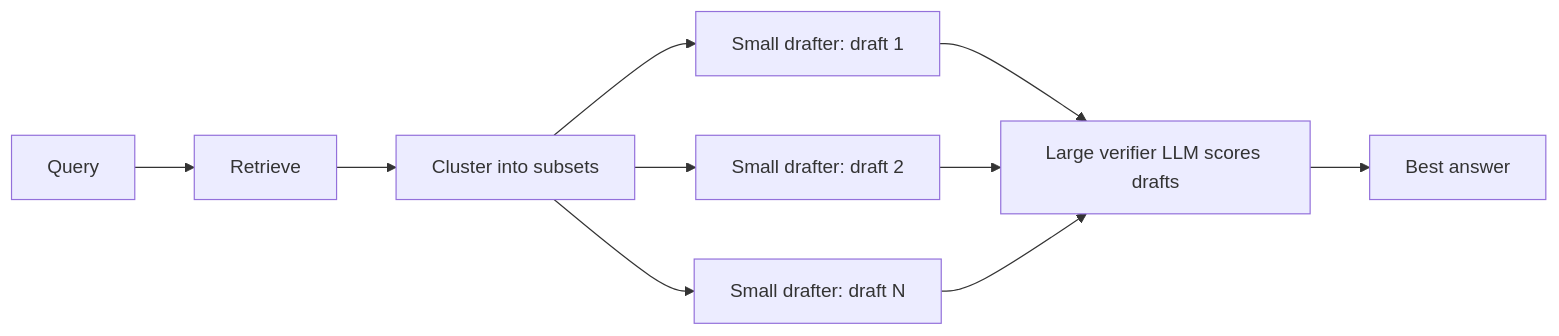
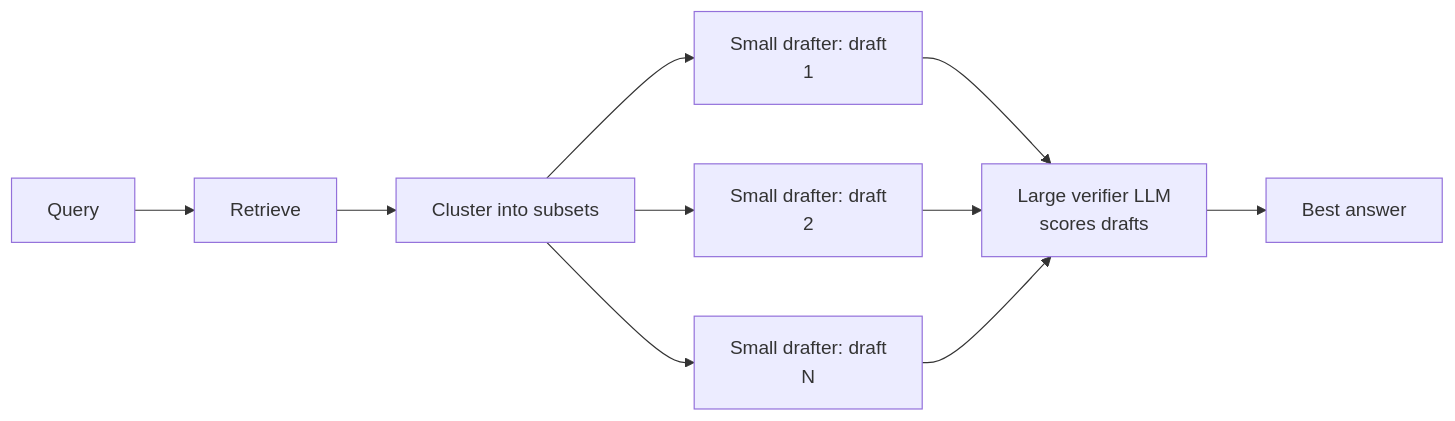
Before and after one commit to ajay-nikumbh/RAG-From-Basics-to-Production: the diagram in 12. Speculative RAG/README.md, drawn with Mermaid. The commit also changed other lines of this file and 38 other files, not shown here.

First line of the commit message:
Group root README by pattern, widen tables, wrap diagram labels

````diff
--- a/12. Speculative RAG/README.md
+++ b/12. Speculative RAG/README.md
@@ -24,10 +24,10 @@
 ```mermaid
 flowchart LR
     Q[Query] --> R[Retrieve] --> S[Cluster into subsets]
-    S --> D1[Small drafter: draft 1]
-    S --> D2[Small drafter: draft 2]
-    S --> D3[Small drafter: draft N]
-    D1 --> V[Large verifier LLM scores drafts]
+    S --> D1[Small drafter: draft<br/>1]
+    S --> D2[Small drafter: draft<br/>2]
+    S --> D3[Small drafter: draft<br/>N]
+    D1 --> V[Large verifier LLM<br/>scores drafts]
     D2 --> V
     D3 --> V --> A[Best answer]
 ```
````
